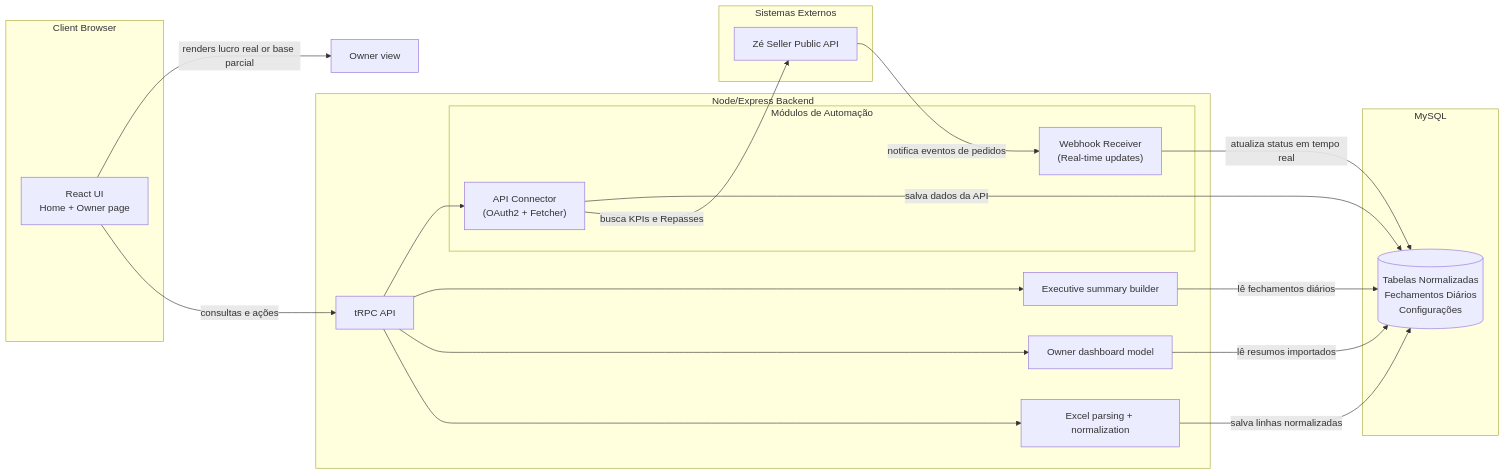
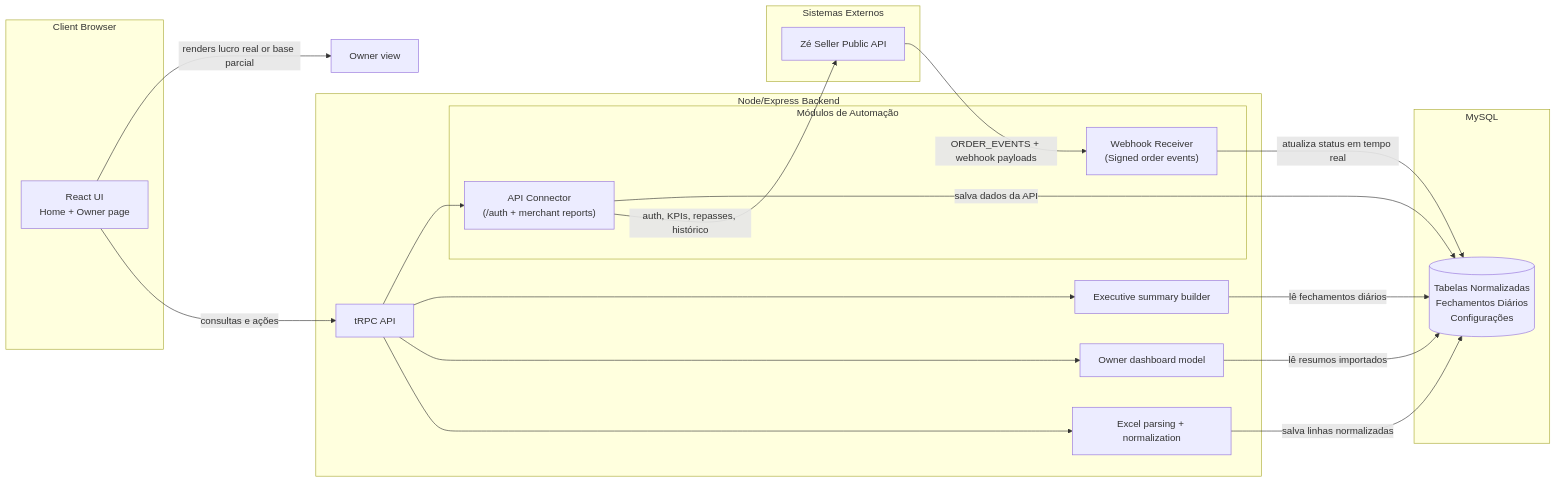
One commit to bayoutlucas22-wq/Milvio changed the second of 3 diagrams in docs/c4-ze-delivery.md. Above: the diagram before and after it, drawn with Mermaid. The commit also changed other lines of this file and 49 other files, not shown here.

````diff
--- a/docs/c4-ze-delivery.md
+++ b/docs/c4-ze-delivery.md
@@ -29,44 +29,44 @@
 ```mermaid
 flowchart LR
   subgraph Browser["Client Browser"]
     UI["React UI\nHome + Owner page"]
   end
 
   subgraph Backend["Node/Express Backend"]
     API["tRPC API"]
     
     subgraph Automation["Módulos de Automação"]
-      Connector["API Connector\n(OAuth2 + Fetcher)"]
-      Webhooks["Webhook Receiver\n(Real-time updates)"]
+      Connector["API Connector\n(/auth + merchant reports)"]
+      Webhooks["Webhook Receiver\n(Signed order events)"]
     end
     
     Ingest["Excel parsing + normalization"]
     Profit["Owner dashboard model"]
     Exec["Executive summary builder"]
   end
 
   subgraph External["Sistemas Externos"]
     ZePublicAPI["Zé Seller Public API"]
   end
 
   subgraph Storage["MySQL"]
     DB[(Tabelas Normalizadas\nFechamentos Diários\nConfigurações)]
   end
 
   UI -->|consultas e ações| API
   API --> Ingest
   API --> Profit
   API --> Exec
 
   API --> Connector
-  Connector -->|busca KPIs e Repasses| ZePublicAPI
-  ZePublicAPI -->|notifica eventos de pedidos| Webhooks
+  Connector -->|auth, KPIs, repasses, histórico| ZePublicAPI
+  ZePublicAPI -->|ORDER_EVENTS + webhook payloads| Webhooks
 
   Ingest -->|salva linhas normalizadas| DB
   Connector -->|salva dados da API| DB
   Webhooks -->|atualiza status em tempo real| DB
 
   Exec -->|lê fechamentos diários| DB
   Profit -->|lê resumos importados| DB
   UI -->|renders lucro real or base parcial| OwnerView["Owner view"]
 ```
````
